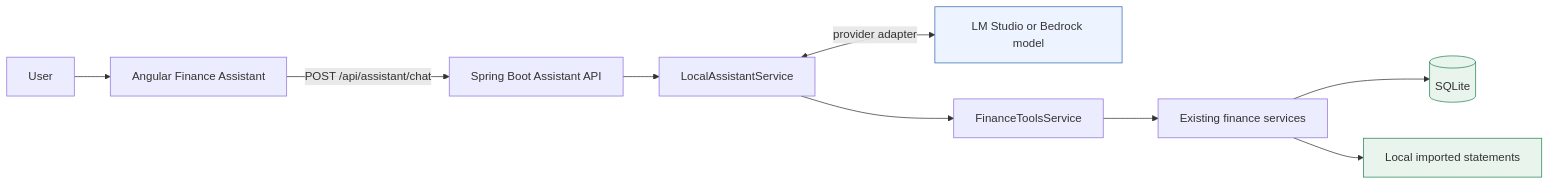
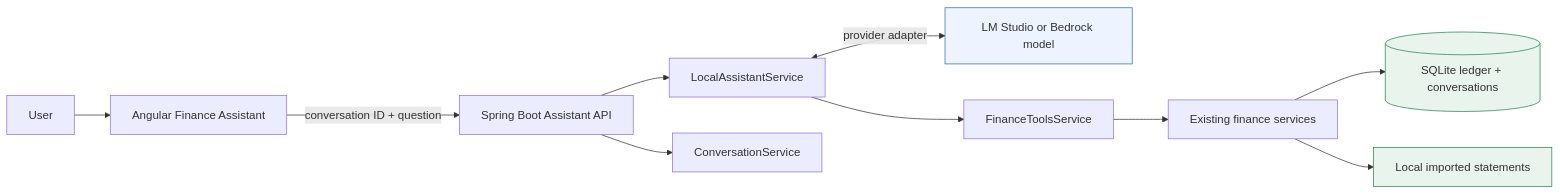
The first of 6 diagrams in docs/AI_ASSISTANT_ARCHITECTURE.md (prprathikantam1991/personal-finance-tracker), drawn with Mermaid before and after one commit. The commit also changed other lines of this file and 9 other files, not shown here.

Commit message:
docs: align roadmap with delivered assistant behavior

````diff
--- a/docs/AI_ASSISTANT_ARCHITECTURE.md
+++ b/docs/AI_ASSISTANT_ARCHITECTURE.md
@@ -44,15 +44,16 @@
 ```mermaid
 flowchart LR
     U[User] --> UI[Angular Finance Assistant]
-    UI -->|POST /api/assistant/chat| API[Spring Boot Assistant API]
+    UI -->|conversation ID + question| API[Spring Boot Assistant API]
     API --> ORCH[LocalAssistantService]
+    API --> MEMORY[ConversationService]
     ORCH <-->|provider adapter| LM[LM Studio or Bedrock model]
     ORCH --> TOOLS[FinanceToolsService]
     TOOLS --> DOMAIN[Existing finance services]
-    DOMAIN --> DB[(SQLite)]
+    DOMAIN --> DB[(SQLite ledger + conversations)]
     DOMAIN --> FILES[Local imported statements]
 
     style DB fill:#e8f4ec,stroke:#238457
     style FILES fill:#e8f4ec,stroke:#238457
     style LM fill:#eef4ff,stroke:#3169b3
 ```
````
